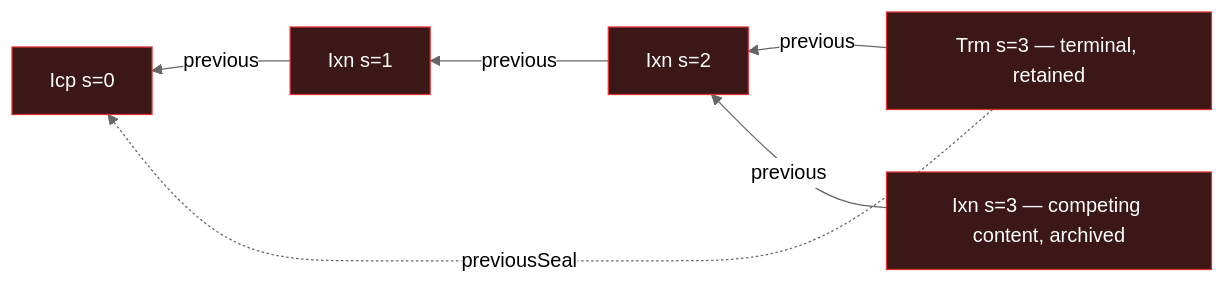
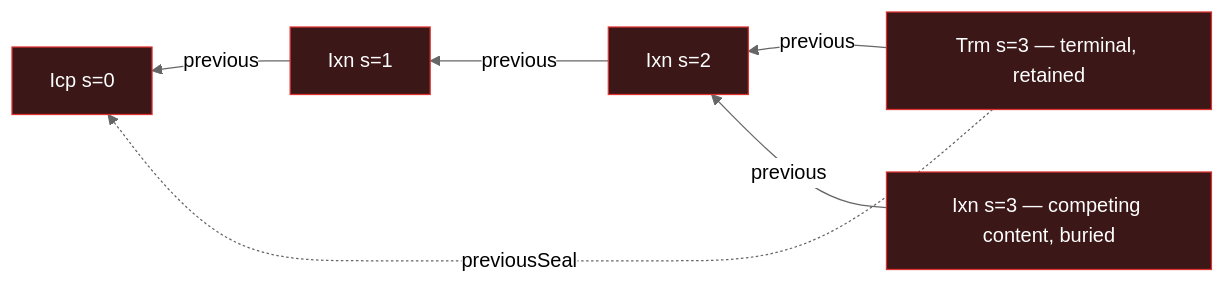
The second of 3 diagrams in docs/design/protocol-doctrine.md (jasoncolburne/vdti), drawn with Mermaid (neutral theme) before and after one commit. The commit also changed other lines of this file and 2 other files, not shown here.

````diff
--- a/docs/design/protocol-doctrine.md
+++ b/docs/design/protocol-doctrine.md
@@ -715,9 +659,9 @@
 ```mermaid
 flowchart RL
   Trm["Trm s=3 — terminal, retained"]:::kel -->|previous| X2["Ixn s=2"]:::kel
   X2 -->|previous| X1["Ixn s=1"]:::kel
   X1 -->|previous| I0["Icp s=0"]:::kel
   Trm -.->|previousSeal| I0
-  Xc["Ixn s=3 — competing content, archived"]:::kel -->|previous| X2
+  Xc["Ixn s=3 — competing content, buried"]:::kel -->|previous| X2
   classDef kel fill:#3b1717,stroke:#e03131,color:#fff
 ```
````
